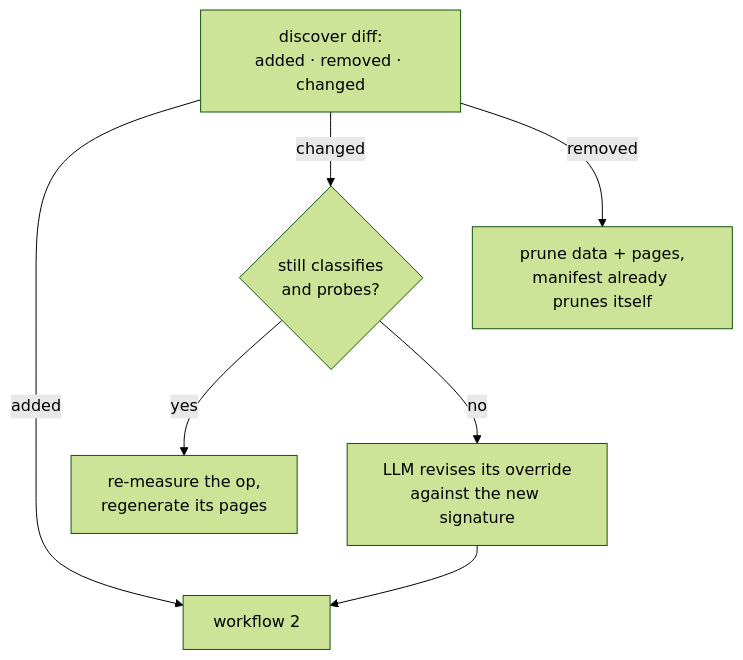
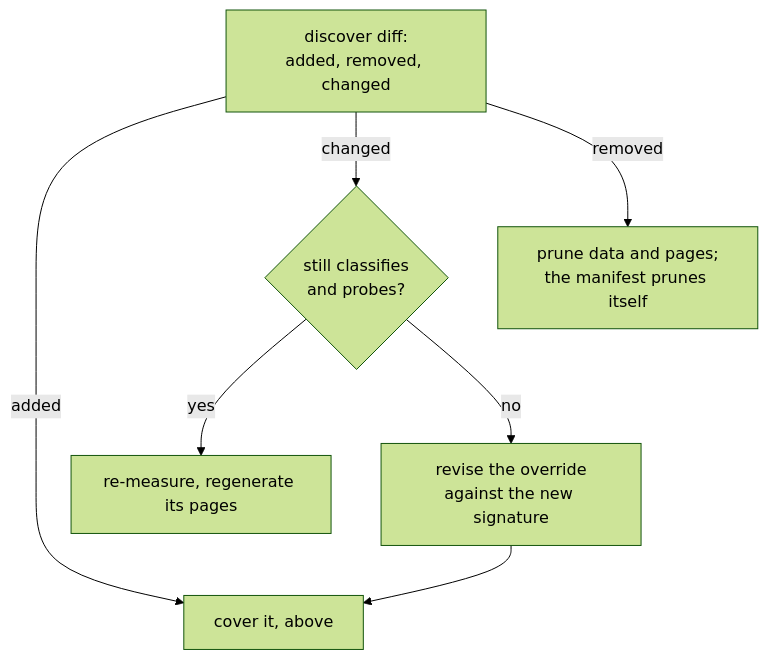
Before and after one commit to tenstorrent/tt-eltwise-accuracy-report: the third of 3 diagrams in analyze-report/README.md, drawn with Mermaid (forest theme). The commit also changed other lines of this file and 8 other files, not shown here.

````diff
--- a/analyze-report/README.md
+++ b/analyze-report/README.md
@@ -72,8 +82,8 @@
 ```mermaid
 flowchart TD
-    D["discover diff:<br/>added · removed · changed"] -->|added| U["workflow 2"]
+    D["discover diff:<br/>added, removed, changed"] -->|added| U["cover it, above"]
     D -->|changed| R{"still classifies<br/>and probes?"}
-    R -->|yes| M["re-measure the op,<br/>regenerate its pages"]
-    R -->|no| F["LLM revises its override<br/>against the new signature"] --> U
-    D -->|removed| P["prune data + pages,<br/>manifest already prunes itself"]
+    R -->|yes| M["re-measure, regenerate its pages"]
+    R -->|no| F["revise the override<br/>against the new signature"] --> U
+    D -->|removed| P["prune data and pages;<br/>the manifest prunes itself"]
 ```
````
